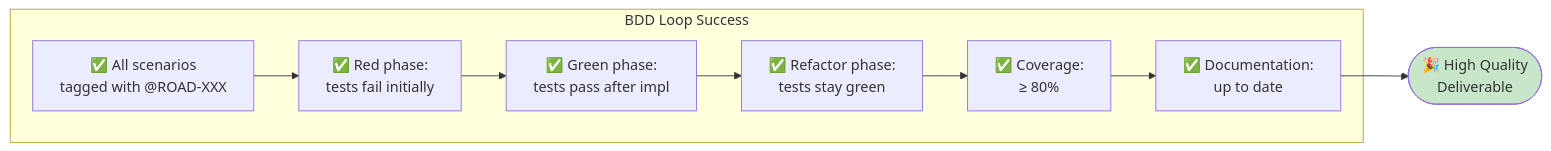
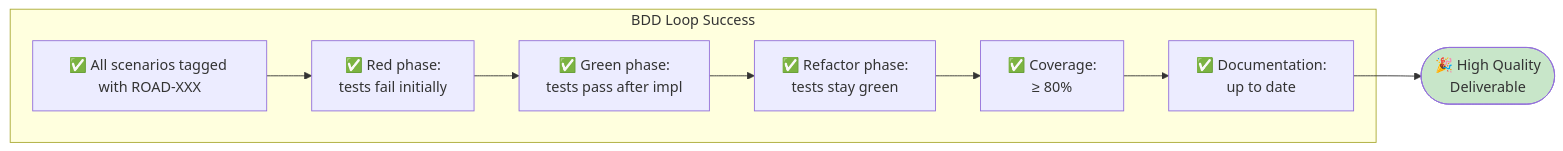
Diagram 17 of 17 in docs/agents/bdd-loop.md (esimplicityinc/water-demo), drawn with Mermaid before and after one commit. The commit also changed other lines of this file and 20 other files, not shown here.

````diff
--- a/docs/agents/bdd-loop.md
+++ b/docs/agents/bdd-loop.md
@@ -543,16 +543,16 @@
 ```mermaid
 graph LR
     subgraph "BDD Loop Success"
-        S1[✅ All scenarios<br/>tagged with @ROAD-XXX]
+        S1["✅ All scenarios tagged with ROAD-XXX"]
         S2[✅ Red phase:<br/>tests fail initially]
         S3[✅ Green phase:<br/>tests pass after impl]
         S4[✅ Refactor phase:<br/>tests stay green]
         S5[✅ Coverage:<br/>≥ 80%]
         S6[✅ Documentation:<br/>up to date]
     end
 
     S1 --> S2 --> S3 --> S4 --> S5 --> S6
     S6 --> Success([🎉 High Quality<br/>Deliverable])
 
     style Success fill:#c8e6c9
 ```
````
